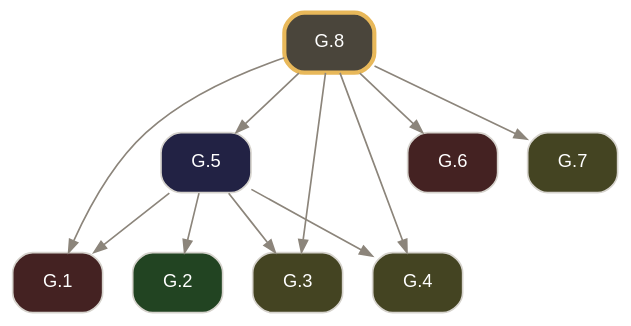
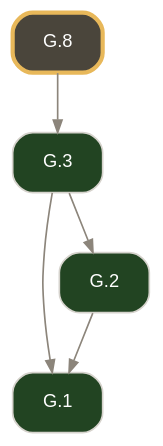
Before and after one commit to geometor/elements: the diagram in docsrc/elements2/G.8/index.rst, drawn with Graphviz. The commit also changed other lines of this file and 2974 other files, not shown here.

Commit message:
feat(elements2): wire defined terms, short verb titles, coincidence operator, and 2-point circle notation (v0.4.0)

```diff
--- a/docsrc/elements2/G.8/index.rst
+++ b/docsrc/elements2/G.8/index.rst
@@ -95,26 +34,16 @@
 .. graphviz::
 
    digraph {
      bgcolor="transparent";
      node [shape=box, style="rounded,filled", fontname="Helvetica", fontsize=11, color="#d6d3cd", fontcolor="#ffffff"];
      edge [color="#8c857b", fontcolor="#8c857b", arrowsize=0.75];
      rankdir="TB";
-     "G.1" [label="G.1", tooltip="G.1 (I.cn.1): Things equal to the same thing are equal to one another.", fillcolor="#442222", URL="../G.1/index.html", target="_top"];
-     "G.2" [label="G.2", tooltip="G.2 (I.def.15): A circle is a plane figure contained by one line such that all segments falling upon it from its center are equal.", fillcolor="#224422", URL="../G.2/index.html", target="_top"];
-     "G.3" [label="G.3", tooltip="G.3 (I.post.1): Construct a segment between any two points.", fillcolor="#444422", URL="../G.3/index.html", target="_top"];
-     "G.4" [label="G.4", tooltip="G.4 (I.post.3): Construct a circle with any center and radius.", fillcolor="#444422", URL="../G.4/index.html", target="_top"];
-     "G.5" [label="G.5", tooltip="G.5 (I.1): Construct an equilateral triangle on a given finite segment.", fillcolor="#222244", URL="../G.5/index.html", target="_top"];
-     "G.6" [label="G.6", tooltip="G.6 (I.cn.3): If equals are subtracted from equals, the remainders are equal.", fillcolor="#442222", URL="../G.6/index.html", target="_top"];
-     "G.7" [label="G.7", tooltip="G.7 (I.post.2): Extend a finite segment continuously in a straight line.", fillcolor="#444422", URL="../G.7/index.html", target="_top"];
-     "G.8" [label="G.8", tooltip="G.8 (I.2): Construct at a given point a segment equal to a given segment.", penwidth=2.5, color="#e8b85a", fillcolor="#4a453b", URL="index.html", target="_top"];
-     "G.5" -> "G.1";
-     "G.8" -> "G.1";
-     "G.5" -> "G.2";
-     "G.5" -> "G.3";
+     "G.1" [label="G.1", tooltip="G.1 (I.def.1): A point A is that which has no part.", fillcolor="#224422", URL="../G.1/index.html", target="_top"];
+     "G.2" [label="G.2", tooltip="G.2 (I.def.2): A line [ A B ] is a projection of a relationship of two points A, B.", fillcolor="#224422", URL="../G.2/index.html", target="_top"];
+     "G.3" [label="G.3", tooltip="G.3 (I.def.3): The extremities of a segment / A B / are points A, B.", fillcolor="#224422", URL="../G.3/index.html", target="_top"];
+     "G.8" [label="G.8", tooltip="G.8 (I.def.13): A boundary is the extremity of anything.", penwidth=2.5, color="#e8b85a", fillcolor="#4a453b", URL="index.html", target="_top"];
+     "G.2" -> "G.1";
+     "G.3" -> "G.1";
+     "G.3" -> "G.2";
      "G.8" -> "G.3";
-     "G.5" -> "G.4";
-     "G.8" -> "G.4";
-     "G.8" -> "G.5";
-     "G.8" -> "G.6";
-     "G.8" -> "G.7";
    }
```
